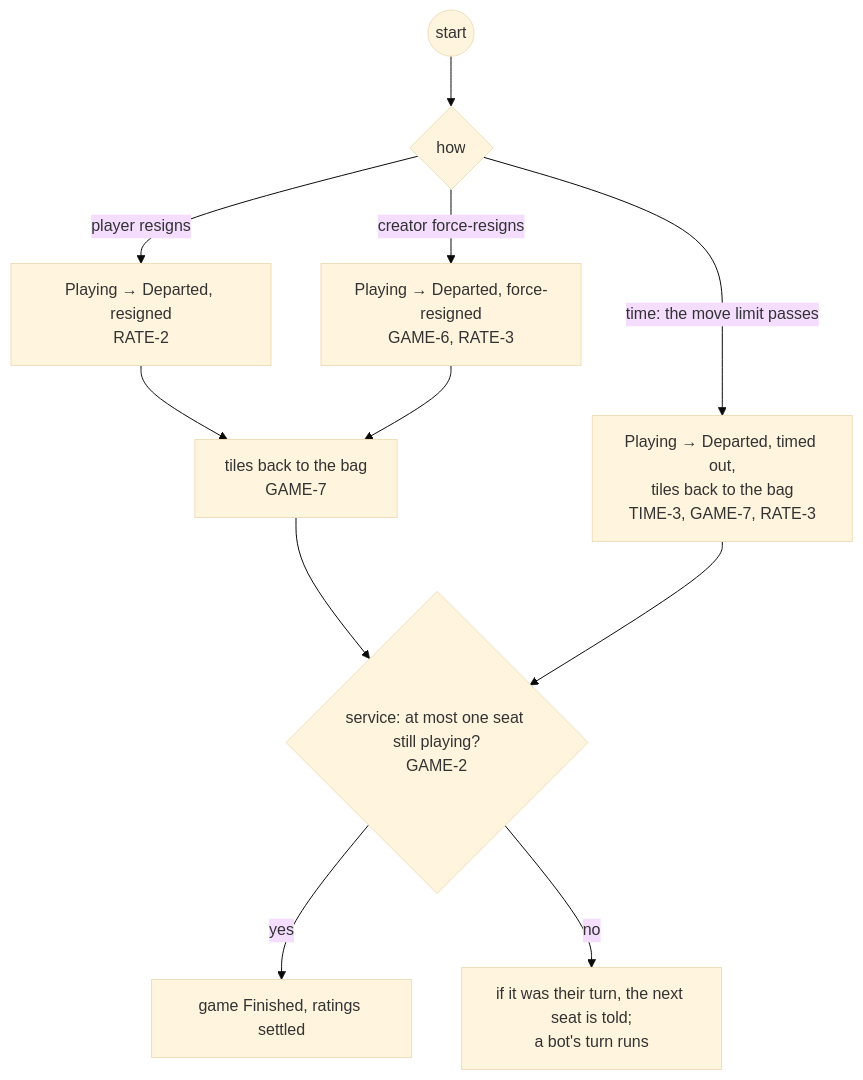
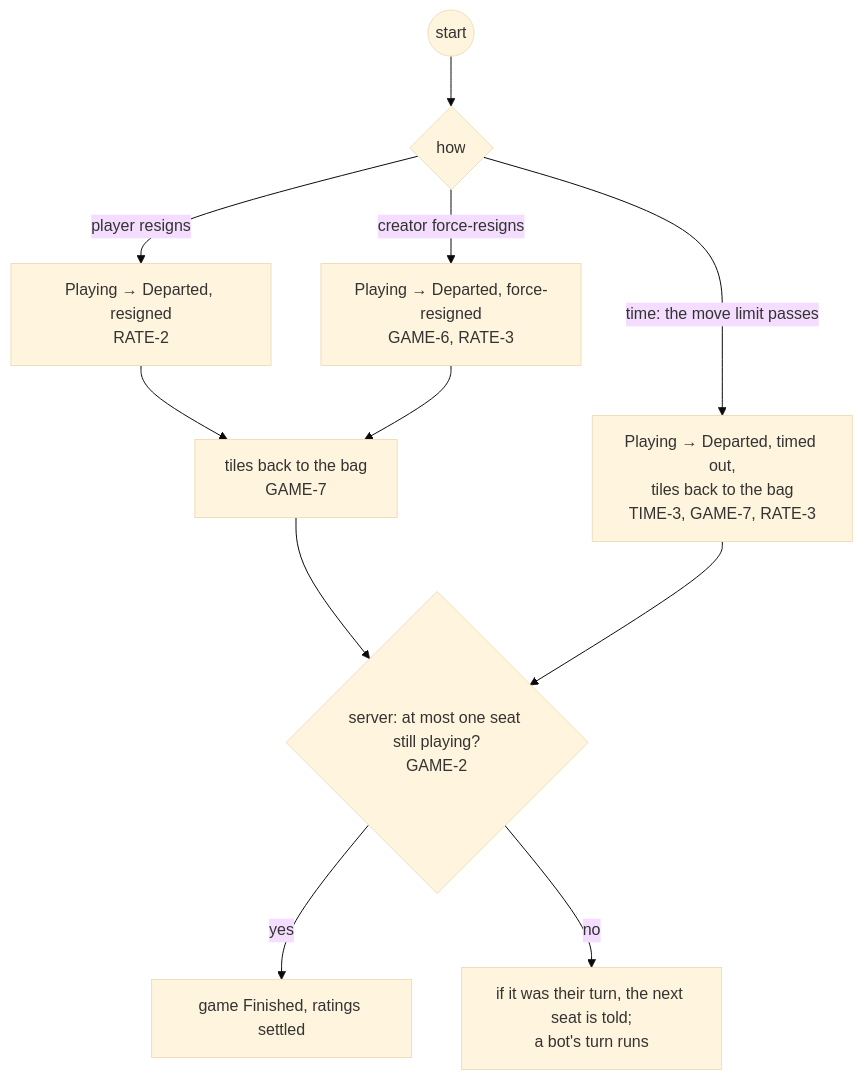
Diagram 18 of 29 in docs/changes/workstreams/application-game-architecture/71-one-game-model/71-functional.md (delphside/programme), drawn with Mermaid (base theme) before and after one commit. The commit also changed other lines of this file, not shown here.

First line of the commit message:
app 0.9.2 api 2.16: 71: Tile Lite Elite Server, server steps, and question references name #71

````diff
--- a/docs/changes/workstreams/application-game-architecture/71-one-game-model/71-functional.md
+++ b/docs/changes/workstreams/application-game-architecture/71-one-game-model/71-functional.md
@@ -337,13 +337,13 @@
 ```mermaid
 flowchart TD
   s0((start)) --> d0{"how"}
   d0 -- "player resigns" --> a1["Playing → Departed, resigned<br/>RATE-2"]
   d0 -- "creator force-resigns" --> a2["Playing → Departed, force-resigned<br/>GAME-6, RATE-3"]
   d0 -- "time: the move limit passes" --> a3["Playing → Departed, timed out,<br/>tiles back to the bag<br/>TIME-3, GAME-7, RATE-3"]
   a1 --> b1["tiles back to the bag<br/>GAME-7"]
   a2 --> b1
-  b1 --> v1{"service: at most one seat still playing?<br/>GAME-2"}
+  b1 --> v1{"server: at most one seat still playing?<br/>GAME-2"}
   a3 --> v1
   v1 -- yes --> t1["game Finished, ratings settled"]
   v1 -- no --> t2["if it was their turn, the next seat is told;<br/>a bot's turn runs"]
 ```
````
